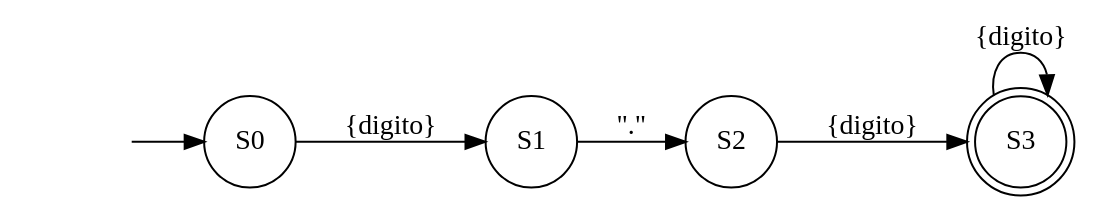
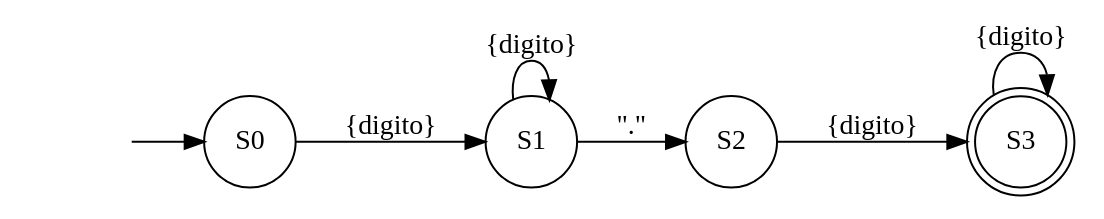
The diagram in Proyecto1_COMPI1/REPORTES/AFD_202000166/ExpresionReg2.dot (Gerson7w7/COMPI1_Proyecto1_202000166), drawn with Graphviz before and after one commit. The commit also changed 22 other files, not shown here.

```diff
--- a/Proyecto1_COMPI1/REPORTES/AFD_202000166/ExpresionReg2.dot
+++ b/Proyecto1_COMPI1/REPORTES/AFD_202000166/ExpresionReg2.dot
@@ -1,14 +1,15 @@
 digraph automata {
 rankdir=LR
 ini [shape="none" label=""]
 S0[shape="circle"];
 S1[shape="circle"];
 S2[shape="circle"];
 S3[shape="doublecircle"];
 
 ini->S0;
 S0->S1[label="{digito}"];
+S1->S1[label="{digito}"];
 S1->S2[label="\".\""];
 S2->S3[label="{digito}"];
 S3->S3[label="{digito}"]
 }
```
